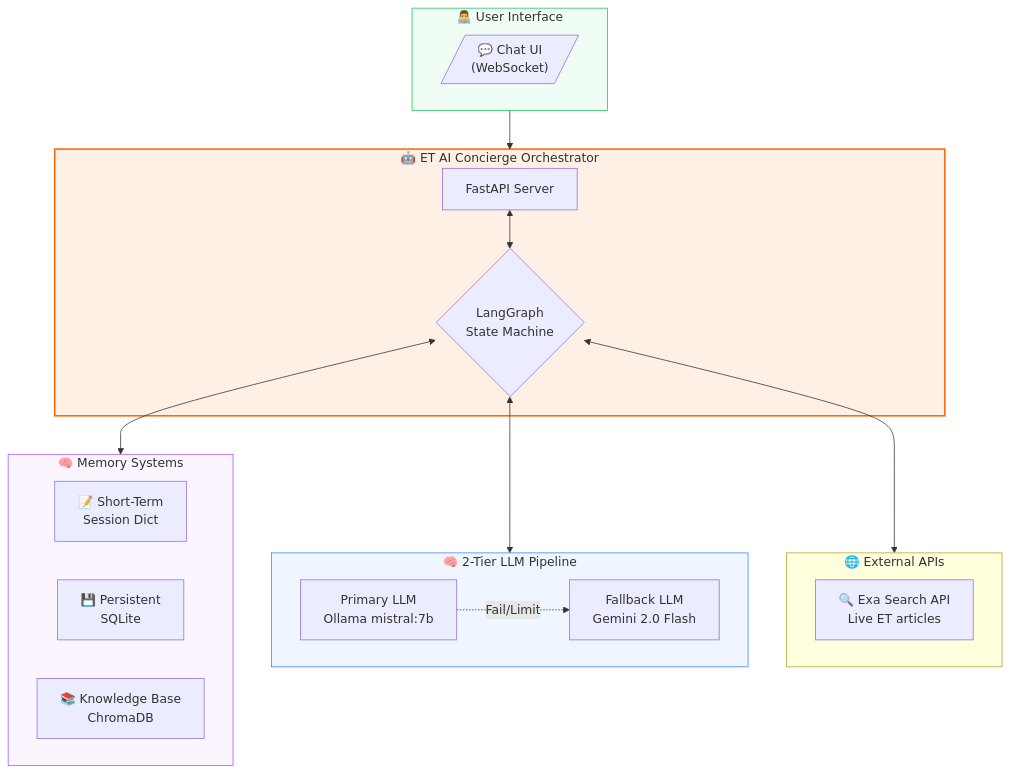
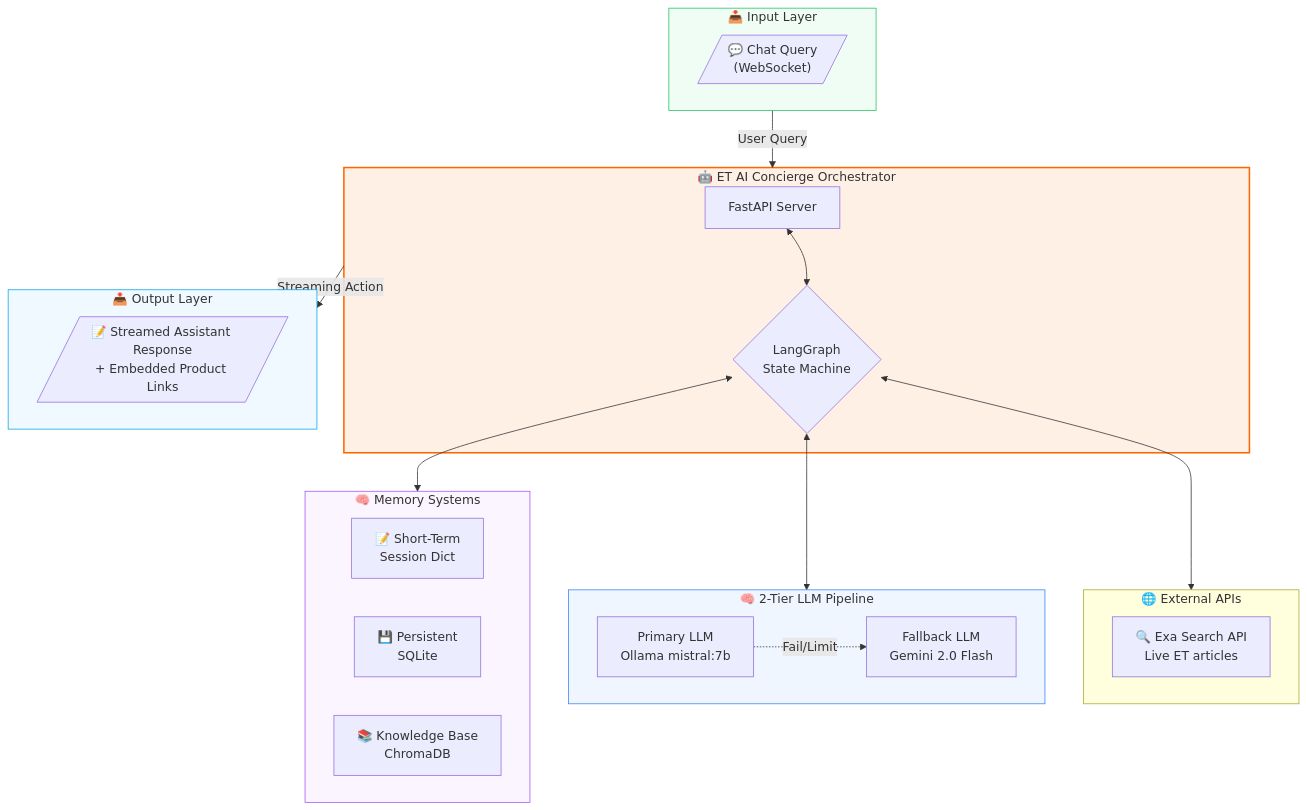
One commit to sadiyacodes/et-ai-concierge changed the first of 5 diagrams in README.md. Above: the diagram before and after it, drawn with Mermaid.

Commit message:
Update high-level architecture diagram with separate Input/Output layers

````diff
--- a/README.md
+++ b/README.md
@@ -52,38 +52,44 @@
 ```mermaid
 flowchart TB
-    subgraph UserLayer["👨‍💻 User Interface"]
-        UI[/"💬 Chat UI<br/>(WebSocket)"/]
+    subgraph UserLayer["📥 Input Layer"]
+        UI[/"💬 Chat Query<br/>(WebSocket)"/]
     end
 
     subgraph Core["🤖 ET AI Concierge Orchestrator<br/><br/>"]
         API["FastAPI Server"]
         Graph{"LangGraph<br/>State Machine"}
         API <--> Graph
+    end
+
+    subgraph OutputLayer["📤 Output Layer"]
+        Out[/"📝 Streamed Assistant Response<br/>+ Embedded Product Links"/]
     end
 
     subgraph Memory["🧠 Memory Systems"]
         STM["📝 Short-Term<br/>Session Dict"]
         LTM["💾 Persistent<br/>SQLite"]
         KB["📚 Knowledge Base<br/>ChromaDB"]
     end
 
     subgraph LLMChain["🧠 2-Tier LLM Pipeline"]
         Ollama["Primary LLM<br/>Ollama mistral:7b"]
         Gemini["Fallback LLM<br/>Gemini 2.0 Flash"]
         Ollama -.->|Fail/Limit| Gemini
     end
 
     subgraph External["🌐 External APIs"]
         Exa["🔍 Exa Search API<br/>Live ET articles"]
     end
 
-    UserLayer --> Core
+    UserLayer -->|User Query| Core
+    Core -->|Streaming Action| OutputLayer
     Graph <--> Memory
     Graph <--> LLMChain
     Graph <--> External
 
     style Core fill:#fff0e6,stroke:#ff6600,stroke-width:2px
     style UserLayer fill:#f0fdf4,stroke:#22c55e,stroke-width:1px
+    style OutputLayer fill:#f0f9ff,stroke:#0ea5e9,stroke-width:1px
     style LLMChain fill:#eff6ff,stroke:#3b82f6,stroke-width:1px
     style Memory fill:#faf5ff,stroke:#a855f7,stroke-width:1px
 ```
````
